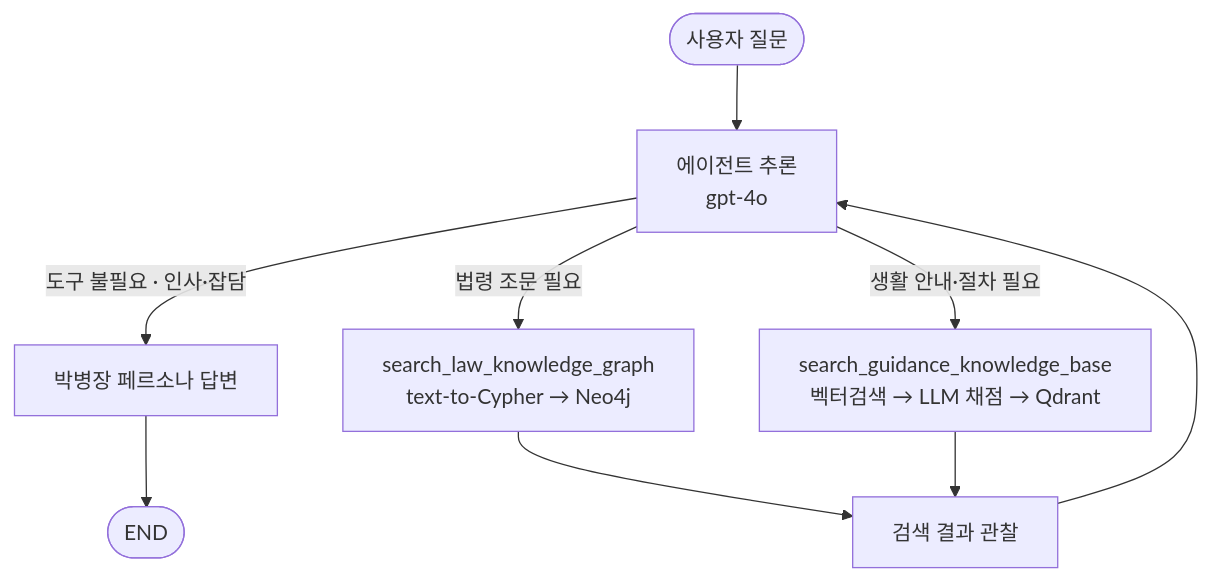
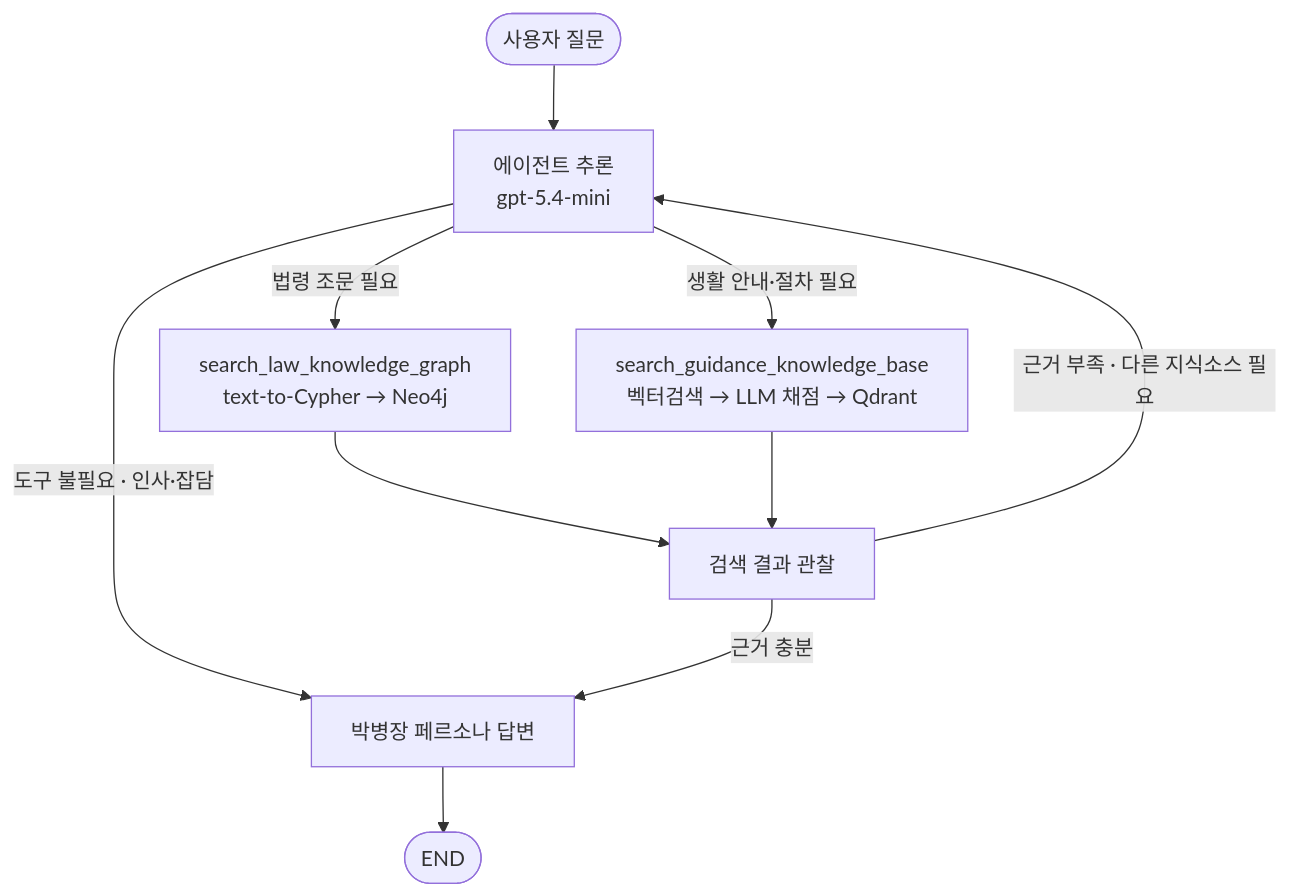
The diagram in 산출물/시스템_아키텍처.md (SKNETWORKS-FAMILY-AICAMP/SKN31-3rd-2Team), drawn with Mermaid before and after one commit. The commit also changed other lines of this file, not shown here.

````diff
--- a/산출물/시스템_아키텍처.md
+++ b/산출물/시스템_아키텍처.md
@@ -87,14 +87,15 @@
 ```mermaid
 flowchart TD
-    START([사용자 질문]) --> AG[에이전트 추론<br/>gpt-4o]
+    START([사용자 질문]) --> AG[에이전트 추론<br/>gpt-5.4-mini]
 
     AG -->|도구 불필요 · 인사·잡담| ANS[박병장 페르소나 답변]
     AG -->|법령 조문 필요| T1[search_law_knowledge_graph<br/>text-to-Cypher → Neo4j]
     AG -->|생활 안내·절차 필요| T2[search_guidance_knowledge_base<br/>벡터검색 → LLM 채점 → Qdrant]
 
     T1 --> OBS[검색 결과 관찰]
     T2 --> OBS
-    OBS --> AG
+    OBS -->|근거 충분| ANS
+    OBS -->|근거 부족 · 다른 지식소스 필요| AG
 
     ANS --> END([END])
 ```
````
